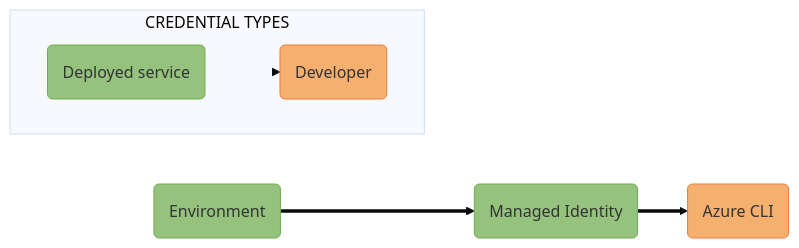
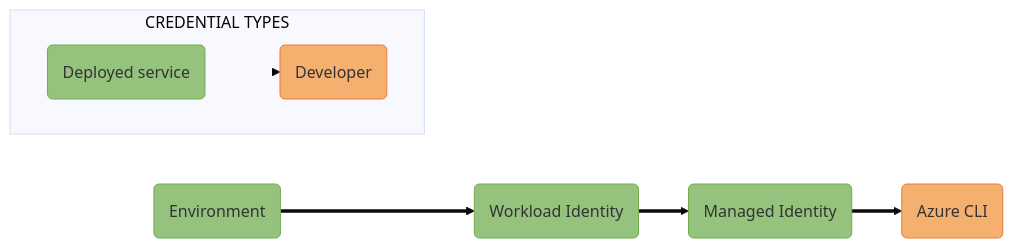
The diagram in sdk/azidentity/img/mermaidjs/DefaultAzureCredentialAuthFlow.md (Azure/azure-sdk-for-go), drawn with Mermaid (base theme) before and after one commit. The commit also changed 4 other files, not shown here.

````diff
--- a/sdk/azidentity/img/mermaidjs/DefaultAzureCredentialAuthFlow.md
+++ b/sdk/azidentity/img/mermaidjs/DefaultAzureCredentialAuthFlow.md
@@ -1,26 +1,27 @@
 ```mermaid
 %% STEPS TO GENERATE IMAGE
 %% =======================
 %% 1. Install mermaid CLI (see https://github.com/mermaid-js/mermaid-cli/blob/master/README.md)
 %% 2. Run command: mmdc -i DefaultAzureCredentialAuthFlow.md -o DefaultAzureCredentialAuthFlow.svg
 
 flowchart LR;
-    A(Environment):::deployed ==> B(Managed Identity):::deployed ==> C(Azure CLI):::developer;
+    A(Environment):::deployed ==> B(Workload Identity):::deployed ==> C(Managed Identity):::deployed ==> D(Azure CLI):::developer;
 
     subgraph CREDENTIAL TYPES;
         direction LR;
         Deployed(Deployed service):::deployed ==> Developer(Developer):::developer;
 
         %% Hide links between boxes in the legend by setting width to 0. The integers after "linkStyle" represent link indices.
-        linkStyle 2 stroke-width:0px;
+        linkStyle 3 stroke-width:0px;
     end;
 
     %% Define styles for credential type boxes
     classDef deployed fill:#95C37E, stroke:#71AD4C;
     classDef developer fill:#F5AF6F, stroke:#EB7C39;
 
     %% Add API ref links to credential type boxes
     click A "https://pkg.go.dev/github.com/Azure/azure-sdk-for-go/sdk/azidentity#EnvironmentCredential" _blank;
-    click B "https://pkg.go.dev/github.com/Azure/azure-sdk-for-go/sdk/azidentity#ManagedIdentityCredential" _blank;
-    click C "https://pkg.go.dev/github.com/Azure/azure-sdk-for-go/sdk/azidentity#AzureCLICredential" _blank;
+    click B "https://pkg.go.dev/github.com/Azure/azure-sdk-for-go/sdk/azidentity#WorkloadIdentityCredential" _blank;
+    click C "https://pkg.go.dev/github.com/Azure/azure-sdk-for-go/sdk/azidentity#ManagedIdentityCredential" _blank;
+    click D "https://pkg.go.dev/github.com/Azure/azure-sdk-for-go/sdk/azidentity#AzureCLICredential" _blank;
 ```
````
